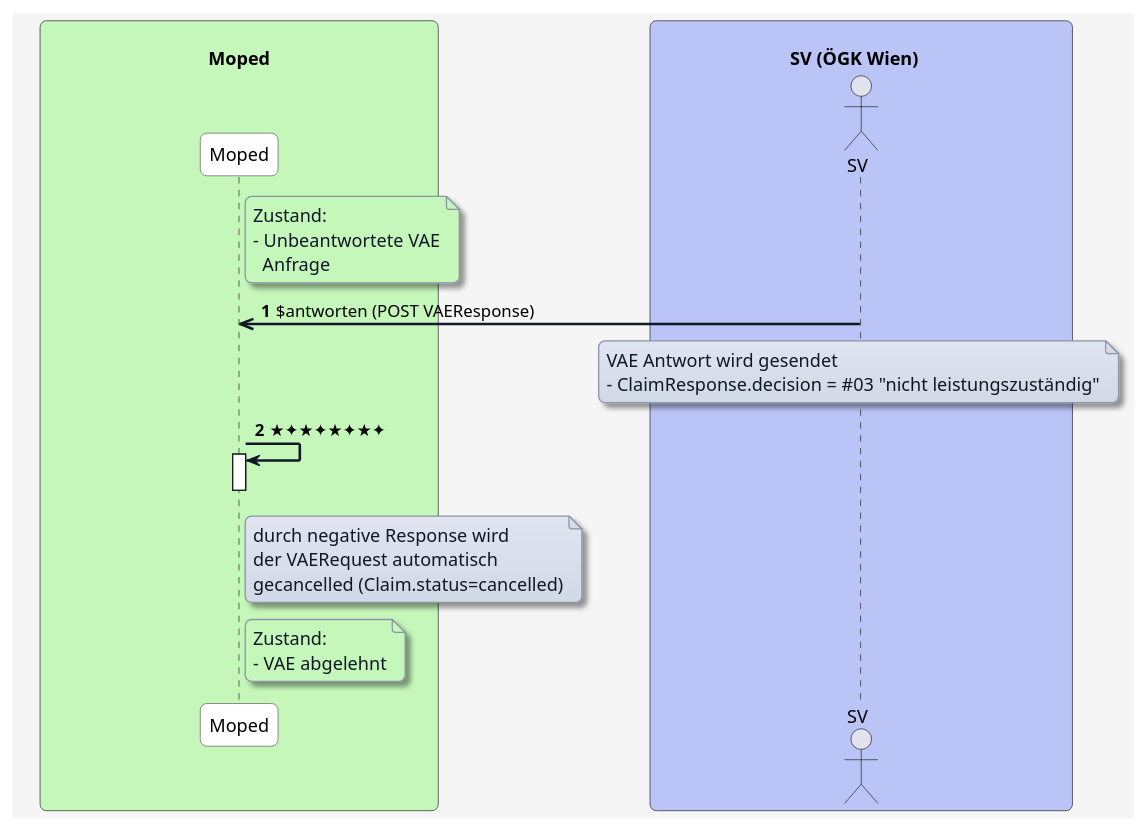
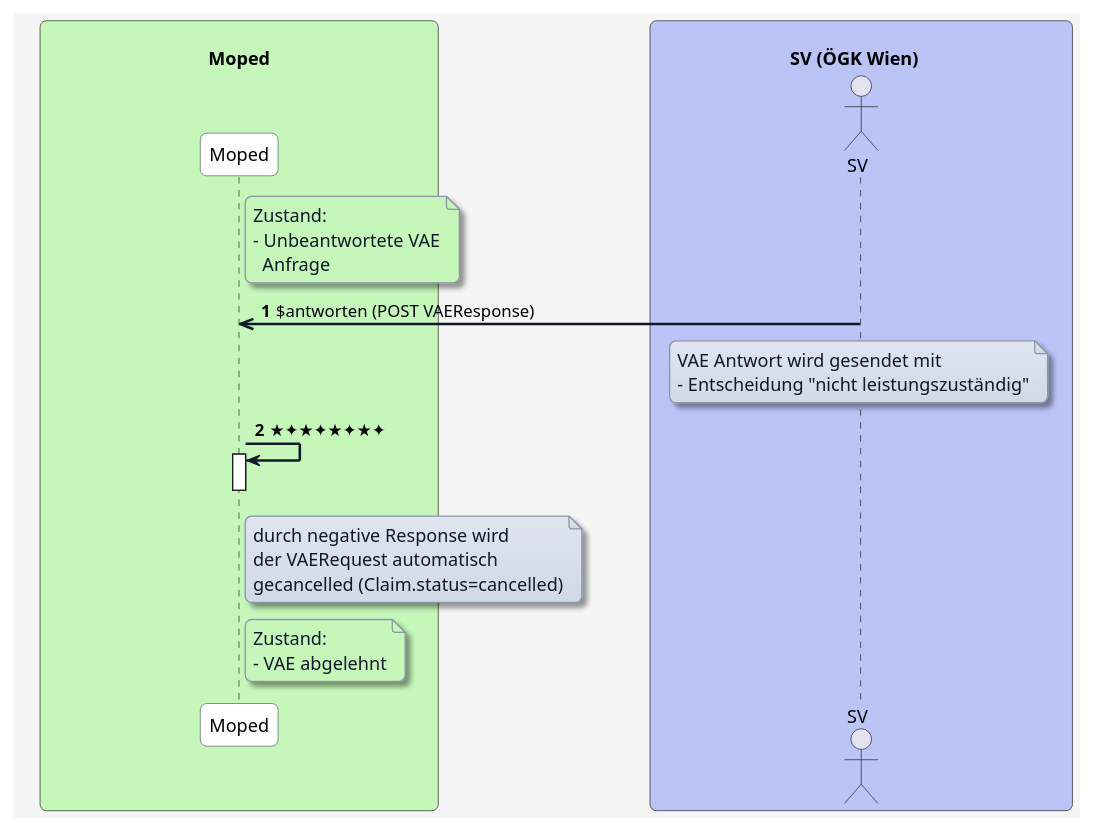
Before and after one commit to HL7Austria/ELGA-MOPED-R5: the diagram in input/images-source/Versichertenanspruchserklärung/antworten-negativ.plantuml, drawn with PlantUML. The commit also changed 6 other files, not shown here.

```diff
--- a/input/images-source/Versichertenanspruchserklärung/antworten-negativ.plantuml
+++ b/input/images-source/Versichertenanspruchserklärung/antworten-negativ.plantuml
@@ -1,79 +1,79 @@
 @startuml
 skinparam borderColor #000000
 skinparam backgroundColor #f5f5f5
 skinparam shadowing false
 skinparam roundCorner 10
 skinparam defaultFontName "Arial"
 skinparam defaultFontSize 14
 skinparam defaultFontColor #000000
 
 skinparam note {
   BackgroundColor #e0e5f0-#d1d9e6
   BorderColor #8b95a5
   BorderThickness 1
   RoundCorner 8
   Padding 6
   FontColor #111827
   Shadowing true
 }
 
 skinparam HyperlinkColor #0000EE
 skinparam HyperlinkUnderline false
 
 skinparam sequence {
   ParticipantBorderColor #555555
   ParticipantBackgroundColor #ffffff
   ParticipantFontColor #000000
   ParticipantFontSize 14
   ParticipantPadding 20
   ArrowColor #111827
   ArrowThickness 2
   ArrowFontColor #000000
   ArrowFontSize 13
   GroupBorderColor #111827
   GroupBackgroundColor #f3f4f6
   GroupBorderThickness 1
 }
 
 skinparam BoxPadding 20
 skinparam BoxBorderColor #555555
 
 box "\n                                   Moped                                   " #c5f7ba
   participant MP as "Moped"
 end box
 
 box "\n                             SV (ÖGK Wien)                                " #bac4f7
   actor SV as "SV"
 end box
 
 autonumber
 
 note right of MP #c5f7ba
 Zustand:
 - Unbeantwortete VAE
   Anfrage
 end note
 
 SV ->> MP: $antworten (POST VAEResponse)
 
 note over SV
-VAE Antwort wird gesendet
-- ClaimResponse.decision = #03 "nicht leistungszuständig"
+VAE Antwort wird gesendet mit
+- Entscheidung "nicht leistungszuständig"
 end note
 
 MP -> MP: ★✦★✦★✦★✦
 activate MP
 deactivate MP
 
 note right of MP
 durch negative Response wird 
 der VAERequest automatisch 
 gecancelled (Claim.status=cancelled)
 end note
 
 note right of MP #c5f7ba
 Zustand:
 - VAE abgelehnt
 end note
 
 @enduml
```
